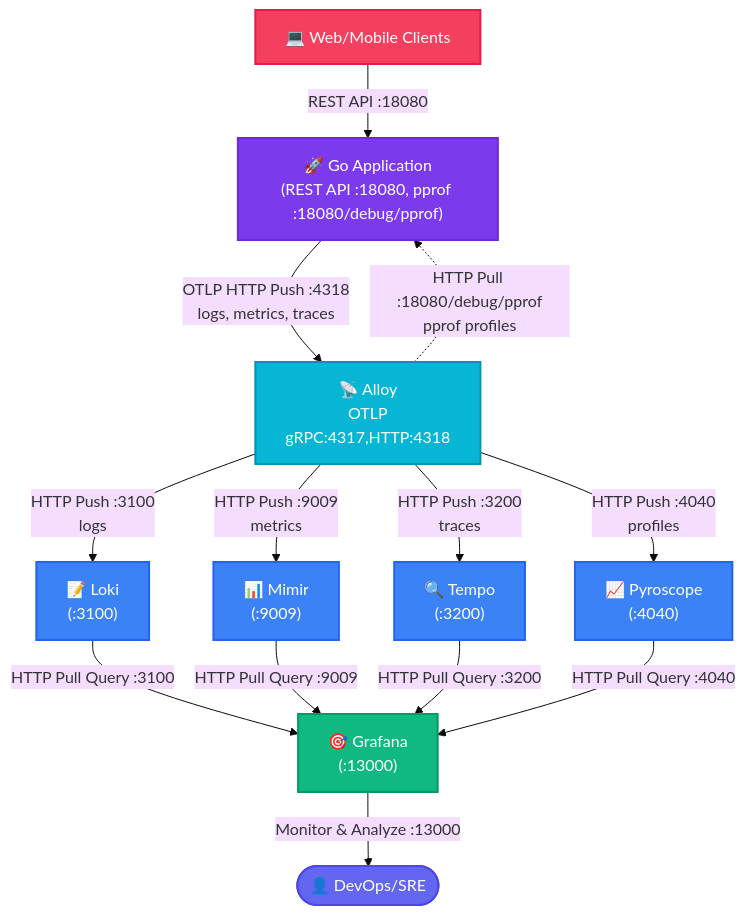
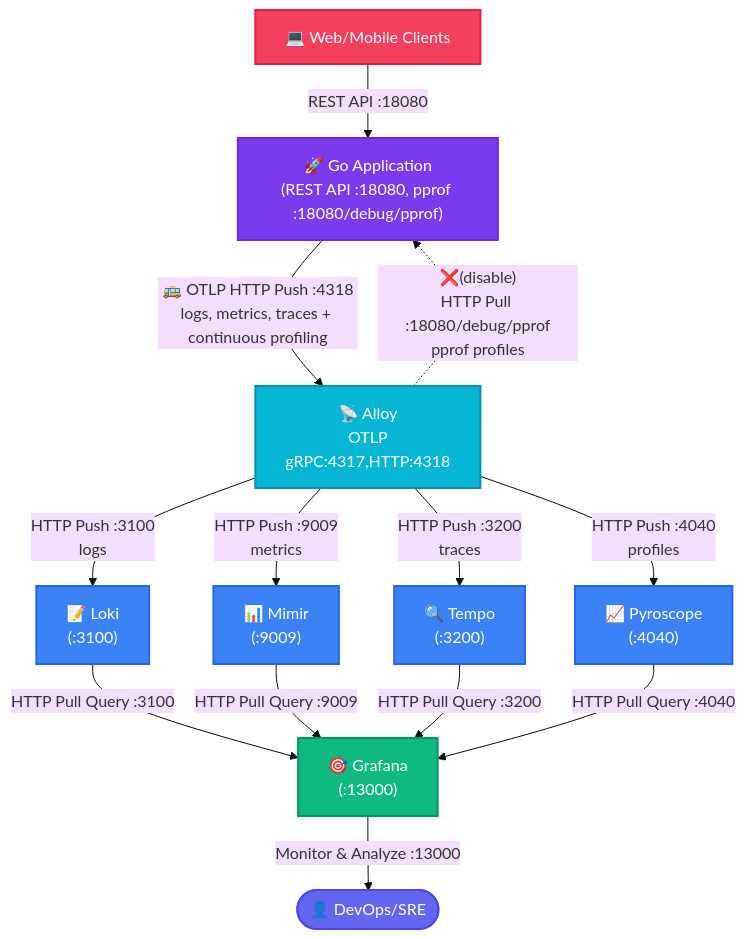
One commit to Napat/go-alloy-observability changed the diagram in README.md. Above: the diagram before and after it, drawn with Mermaid (base theme). The commit also changed other lines of this file and 24 other files, not shown here.

First line of the commit message:
feat(observability): add Grafana dashboards for metrics, traces and profiling - Add Mimir metrics dashboard for monitoring request rates and errors - Add Pyroscope dashboard for continuous profiling - Add Tempo dashboards for distributed tracing visualization

````diff
--- a/README.md
+++ b/README.md
@@ -8,53 +13,53 @@
 ```mermaid
 flowchart TB
     %% Define components with ports
     Client["💻 Web/Mobile Clients"]
     GoApp["🚀 Go Application<br/>(REST API :18080, pprof :18080/debug/pprof)"]
     Alloy["📡 Alloy<br/>OTLP<br/>gRPC:4317,HTTP:4318"]
     Loki["📝 Loki<br/>(:3100)"]
     Mimir["📊 Mimir<br/>(:9009)"]
     Tempo["🔍 Tempo<br/>(:3200)"]
     Pyroscope["📈 Pyroscope<br/>(:4040)"]
     Grafana["🎯 Grafana<br/>(:13000)"]
     DevOps(["👤 DevOps/SRE"])
 
     %% Client to Application flow
     Client -->|"REST API :18080"| GoApp
     
     %% Telemetry flow from Go Application to Alloy
-    GoApp -->|"OTLP HTTP Push :4318<br/>logs, metrics, traces"| Alloy
+    GoApp -->|"🚌 OTLP HTTP Push :4318<br/>logs, metrics, traces + continuous profiling"| Alloy
+
+    %% Profile pull from Alloy to Go Application
+    Alloy -.->|"❌(disable)<br/>HTTP Pull :18080/debug/pprof<br/>pprof profiles"| GoApp
 
     %% Data flow from Alloy to storage systems
     Alloy -->|"HTTP Push :3100<br/>logs"| Loki
     Alloy -->|"HTTP Push :9009<br/>metrics"| Mimir
     Alloy -->|"HTTP Push :3200<br/>traces"| Tempo
     Alloy -->|"HTTP Push :4040<br/>profiles"| Pyroscope
-    
-    %% Profile pull from Alloy to Go Application
-    Alloy -.->|"HTTP Pull :18080/debug/pprof<br/>pprof profiles"| GoApp
 
     %% Storage to Grafana
     Loki -->|"HTTP Pull Query :3100"| Grafana
     Mimir -->|"HTTP Pull Query :9009"| Grafana
     Tempo -->|"HTTP Pull Query :3200"| Grafana
     Pyroscope -->|"HTTP Pull Query :4040"| Grafana
     
     %% DevOps at bottom
     Grafana -->|"Monitor & Analyze :13000"| DevOps
 
     %% Modern styling (unchanged)
     classDef default fill:#ffffff,stroke:#2d3748,stroke-width:2px;
     classDef client fill:#f43f5e,color:#ffffff,stroke:#e11d48,stroke-width:2px;
     classDef app fill:#7c3aed,color:#ffffff,stroke:#6d28d9,stroke-width:2px;
     classDef collector fill:#06b6d4,color:#ffffff,stroke:#0891b2,stroke-width:2px;
     classDef storage fill:#3b82f6,color:#ffffff,stroke:#2563eb,stroke-width:2px;
     classDef viz fill:#10b981,color:#ffffff,stroke:#059669,stroke-width:2px;
     classDef user fill:#6366f1,color:#ffffff,stroke:#4f46e5,stroke-width:2px;
     
     class Client client;
     class GoApp app;
     class Alloy collector;
     class Loki,Mimir,Tempo,Pyroscope storage;
     class Grafana viz;
     class DevOps user;
 ```
````
